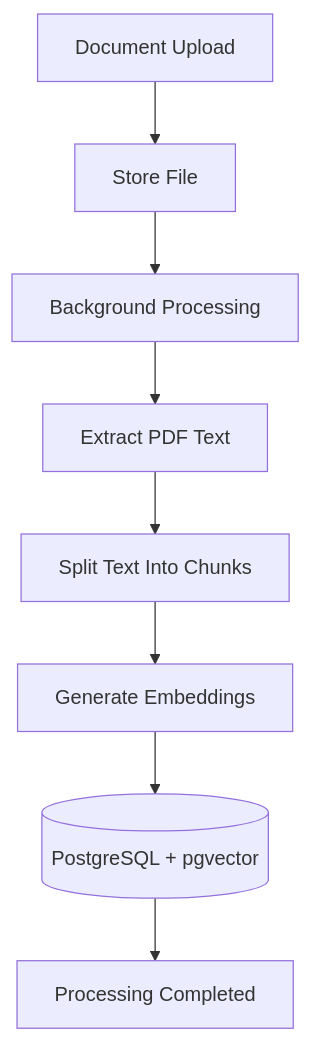
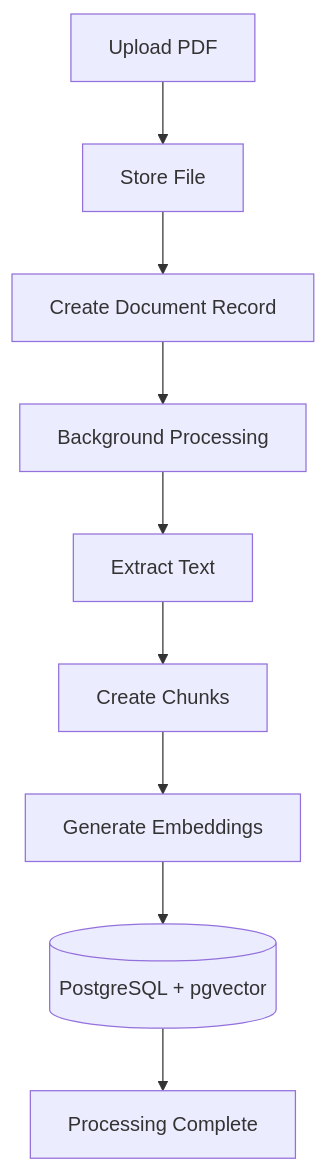
Before and after one commit to RitaAse/ai-knowledge-assistant: the second of 3 diagrams in docs/architecture.md, drawn with Mermaid. The commit also changed other lines of this file and 6 other files, not shown here.

````diff
--- a/docs/architecture.md
+++ b/docs/architecture.md
@@ -190,19 +373,21 @@
 ```mermaid
 flowchart TD
 
-    Upload[Document Upload]
+Upload[Upload PDF]
 
-    Upload --> Storage[Store File]
+Upload --> Save[Store File]
 
-    Storage --> Background[Background Processing]
+Save --> Metadata[Create Document Record]
 
-    Background --> Extract[Extract PDF Text]
+Metadata --> Background[Background Processing]
 
-    Extract --> Chunk[Split Text Into Chunks]
+Background --> Extract[Extract Text]
 
-    Chunk --> Embed[Generate Embeddings]
+Extract --> Chunk[Create Chunks]
 
-    Embed --> Store[(PostgreSQL + pgvector)]
+Chunk --> Embed[Generate Embeddings]
 
-    Store --> Complete[Processing Completed]
+Embed --> Store[(PostgreSQL + pgvector)]
+
+Store --> Complete[Processing Complete]
 ```
````
